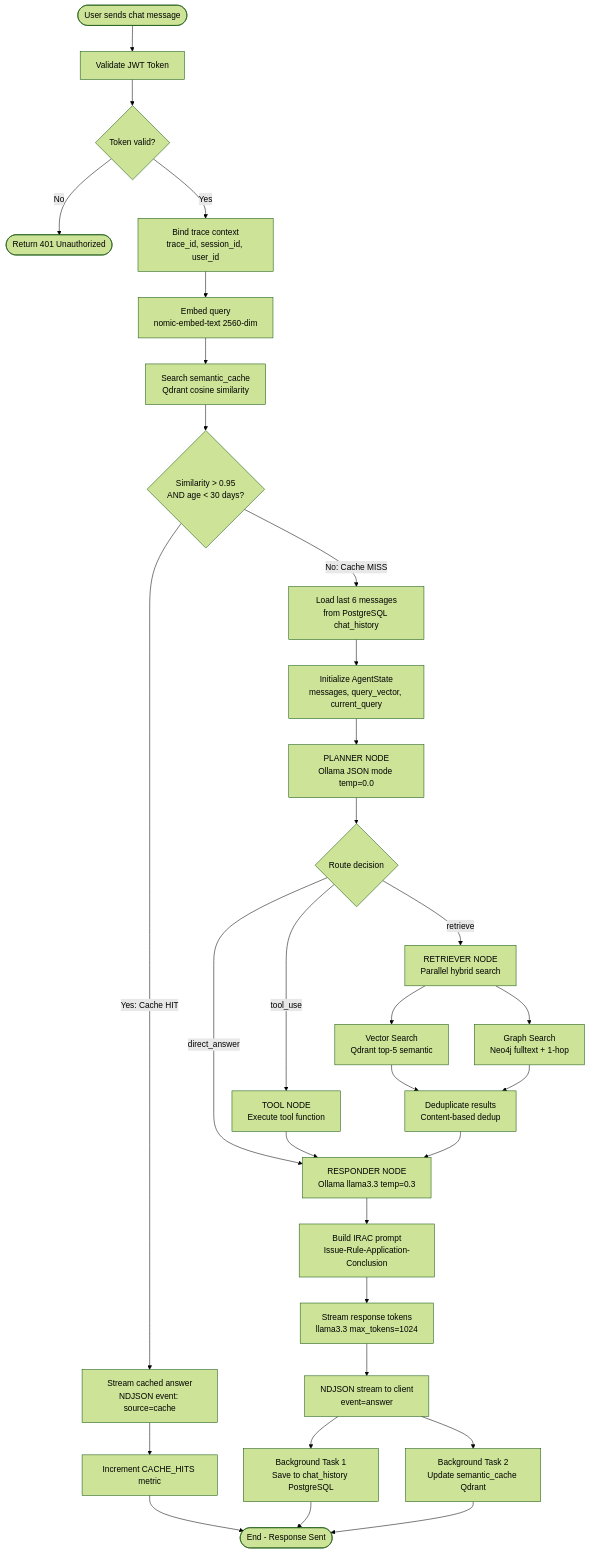
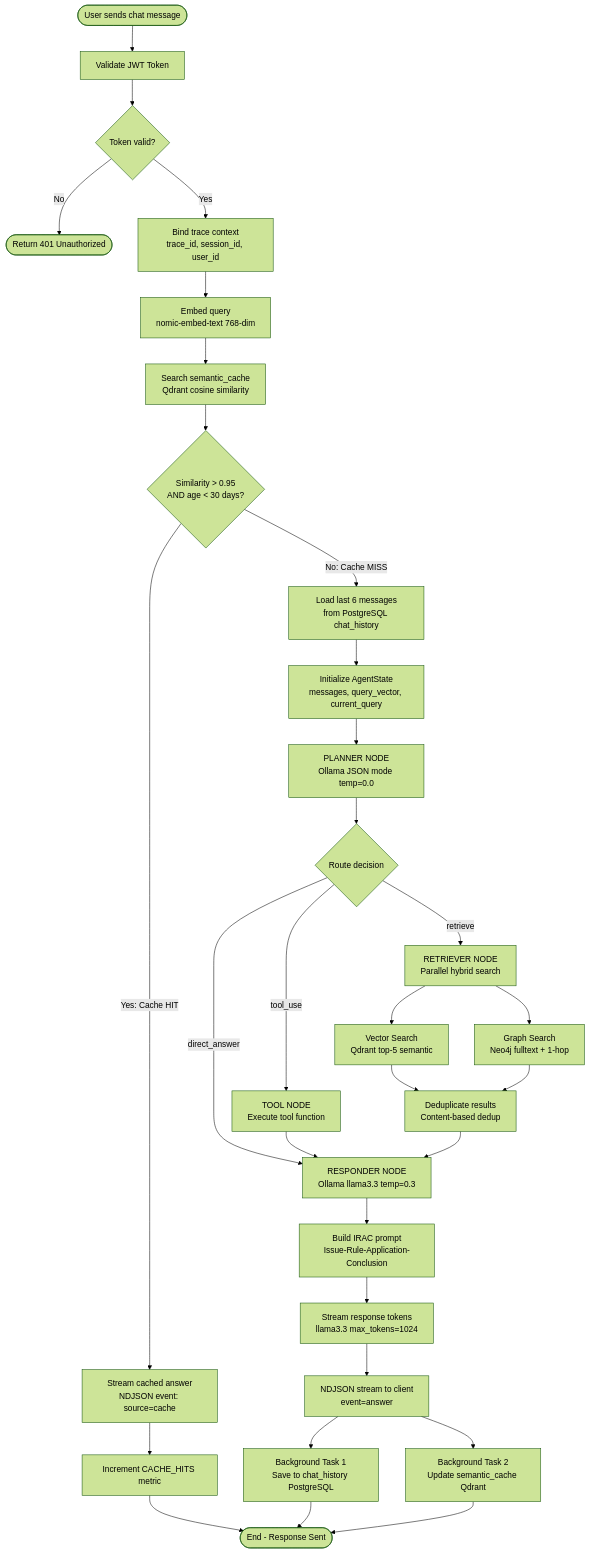
The second of 7 diagrams in docs/review/BPMN_WORKFLOWS.md (Sheria-Platform/sheria_platform_mvp), drawn with Mermaid (forest theme) before and after one commit. The commit also changed other lines of this file and 6 other files, not shown here.

First line of the commit message:
feat(agent): update AGENT_DESIGN.md with legal research graph details

````diff
--- a/docs/review/BPMN_WORKFLOWS.md
+++ b/docs/review/BPMN_WORKFLOWS.md
@@ -157,42 +157,42 @@
 ```mermaid
 flowchart TD
     A([User sends chat message]) --> B[Validate JWT Token]
     B --> C{Token valid?}
     C -- No --> D([Return 401 Unauthorized])
     C -- Yes --> E[Bind trace context\ntrace_id, session_id, user_id]
 
-    E --> F[Embed query\nnomic-embed-text 2560-dim]
+    E --> F[Embed query\nnomic-embed-text 768-dim]
     F --> G[Search semantic_cache\nQdrant cosine similarity]
     G --> H{Similarity > 0.95\nAND age < 30 days?}
 
     H -- Yes: Cache HIT --> I[Stream cached answer\nNDJSON event: source=cache]
     I --> J[Increment CACHE_HITS metric]
     J --> Z([End - Response Sent])
 
     H -- No: Cache MISS --> K[Load last 6 messages\nfrom PostgreSQL chat_history]
     K --> L[Initialize AgentState\nmessages, query_vector, current_query]
 
     L --> M[PLANNER NODE\nOllama JSON mode temp=0.0]
     M --> N{Route decision}
 
     N -- direct_answer --> R[RESPONDER NODE\nOllama llama3.3 temp=0.3]
     N -- tool_use --> O[TOOL NODE\nExecute tool function]
     O --> R
 
     N -- retrieve --> P[RETRIEVER NODE\nParallel hybrid search]
     P --> P1[Vector Search\nQdrant top-5 semantic]
     P --> P2[Graph Search\nNeo4j fulltext + 1-hop]
     P1 --> P3[Deduplicate results\nContent-based dedup]
     P2 --> P3
     P3 --> R
 
     R --> S[Build IRAC prompt\nIssue-Rule-Application-Conclusion]
     S --> T[Stream response tokens\nllama3.3 max_tokens=1024]
     T --> U[NDJSON stream to client\nevent=answer]
 
     U --> V[Background Task 1\nSave to chat_history PostgreSQL]
     U --> W[Background Task 2\nUpdate semantic_cache Qdrant]
 
     V --> Z
     W --> Z
 ```
````
